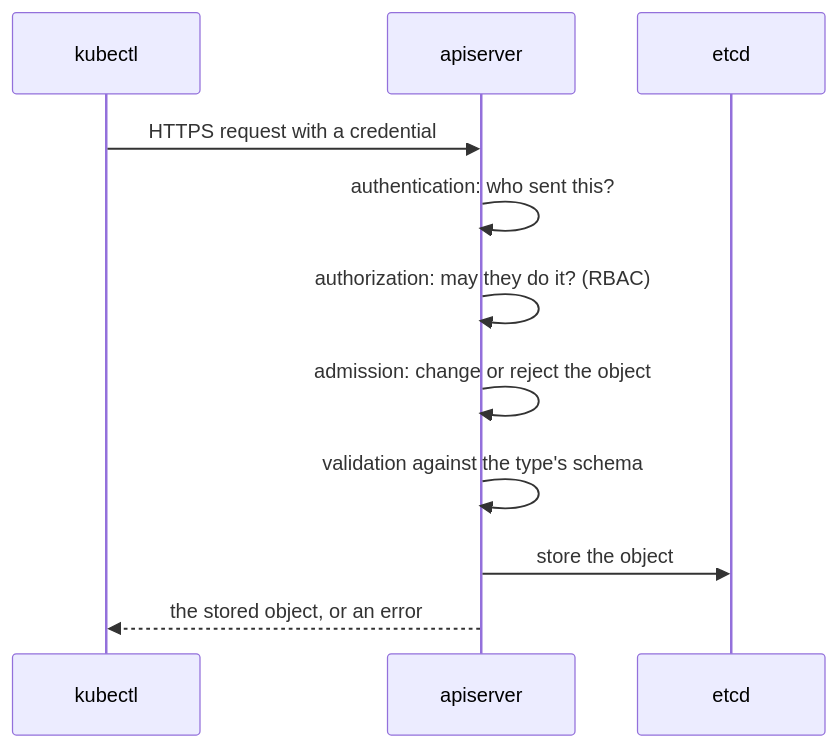
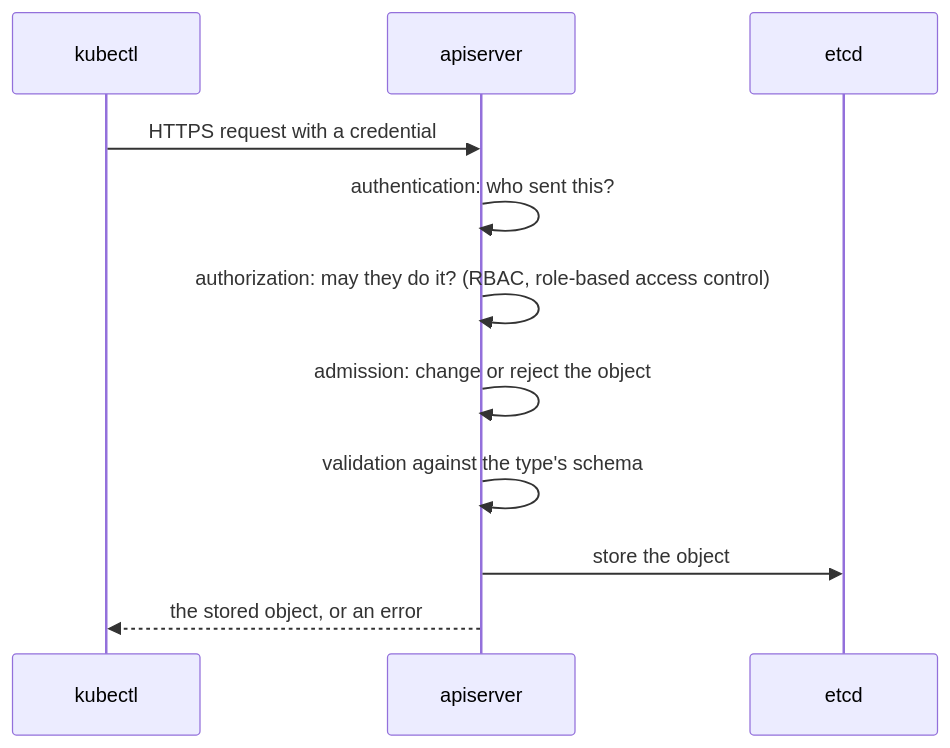
Before and after one commit to jclapdev/cka-study: the diagram in learn/kubectl.md, drawn with Mermaid. The commit also changed 13 other files, not shown here.

````diff
--- a/learn/kubectl.md
+++ b/learn/kubectl.md
@@ -13,13 +13,13 @@
 ```mermaid
 sequenceDiagram
   participant K as kubectl
   participant A as apiserver
   participant E as etcd
   K->>A: HTTPS request with a credential
   A->>A: authentication: who sent this?
-  A->>A: authorization: may they do it? (RBAC)
+  A->>A: authorization: may they do it? (RBAC, role-based access control)
   A->>A: admission: change or reject the object
   A->>A: validation against the type's schema
   A->>E: store the object
   A-->>K: the stored object, or an error
 ```
````
